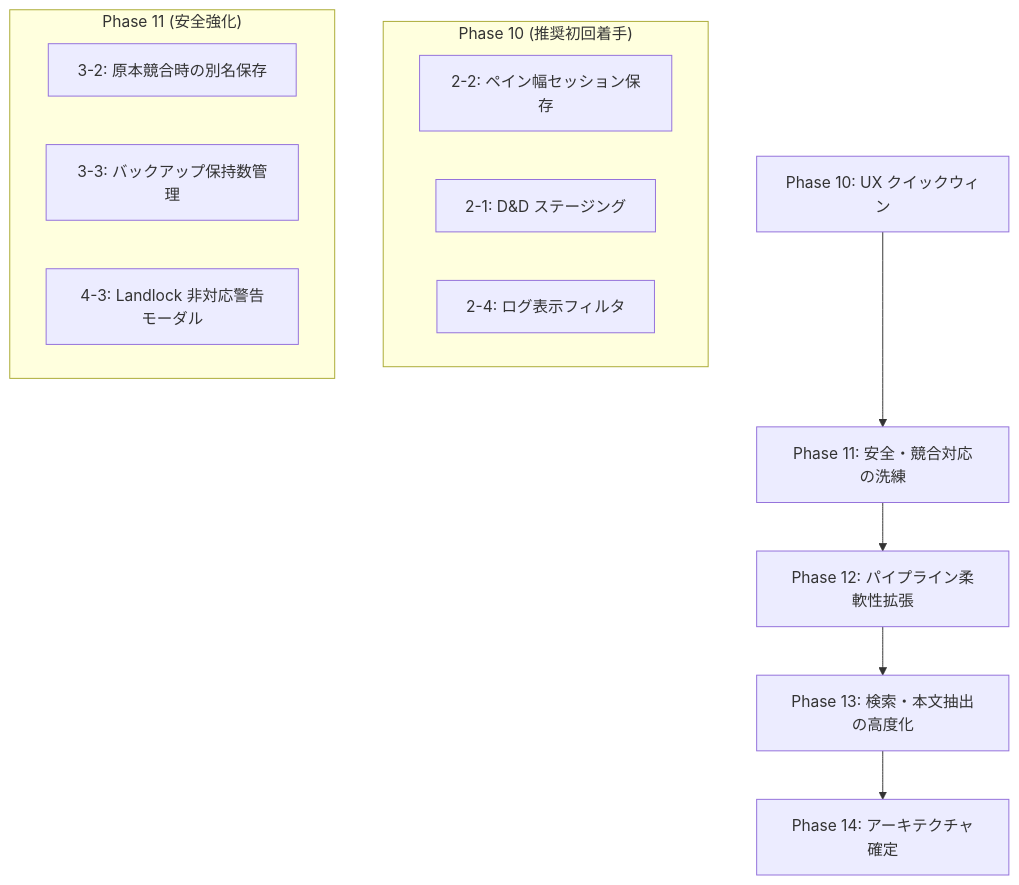
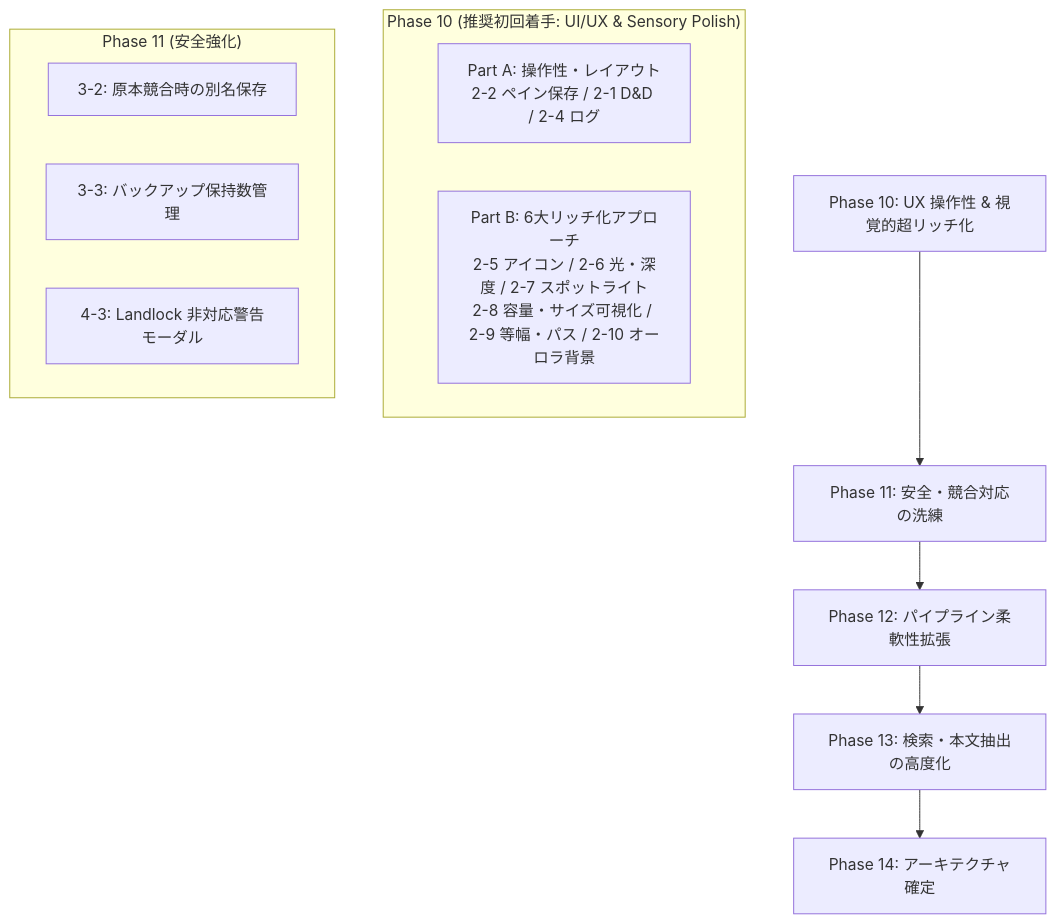
The diagram in NEXT_IMPLEMENTATION_TASKS.ja.md (wammed/Cuddle), drawn with Mermaid before and after one commit. The commit also changed other lines of this file and 1 other file, not shown here.

Commit message:
docs: add 6 core visual polish and sensory upgrade tasks to implementation roadmap

````diff
--- a/NEXT_IMPLEMENTATION_TASKS.ja.md
+++ b/NEXT_IMPLEMENTATION_TASKS.ja.md
@@ -272,19 +360,18 @@
 ```mermaid
 graph TD
-    A[Phase 10: UX クイックウィン] --> B[Phase 11: 安全・競合対応の洗練]
+    A[Phase 10: UX 操作性 & 視覚的超リッチ化] --> B[Phase 11: 安全・競合対応の洗練]
     B --> C[Phase 12: パイプライン柔軟性拡張]
     C --> D[Phase 13: 検索・本文抽出の高度化]
     D --> E[Phase 14: アーキテクチャ確定]
 
-    subgraph "Phase 10 (推奨初回着手)"
-        A1[2-2: ペイン幅セッション保存]
-        A2[2-1: D&D ステージング]
-        A3[2-4: ログ表示フィルタ]
+    subgraph "Phase 10 (推奨初回着手: UI/UX & Sensory Polish)"
+        A1[Part A: 操作性・レイアウト<br/>2-2 ペイン保存 / 2-1 D&D / 2-4 ログ]
+        A2[Part B: 6大リッチ化アプローチ<br/>2-5 アイコン / 2-6 光・深度 / 2-7 スポットライト<br/>2-8 容量・サイズ可視化 / 2-9 等幅・パス / 2-10 オーロラ背景]
     end
 
     subgraph "Phase 11 (安全強化)"
         B1[3-2: 原本競合時の別名保存]
         B2[3-3: バックアップ保持数管理]
         B3[4-3: Landlock 非対応警告モーダル]
     end
 ```
````
